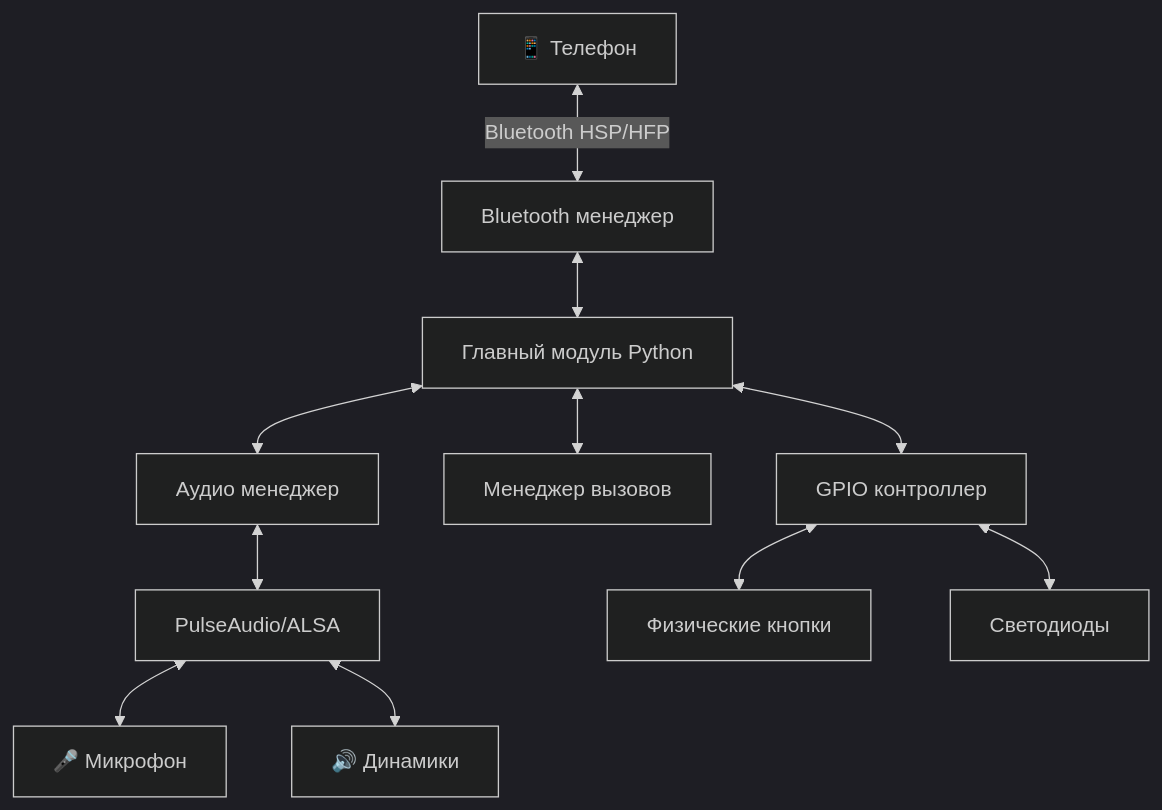
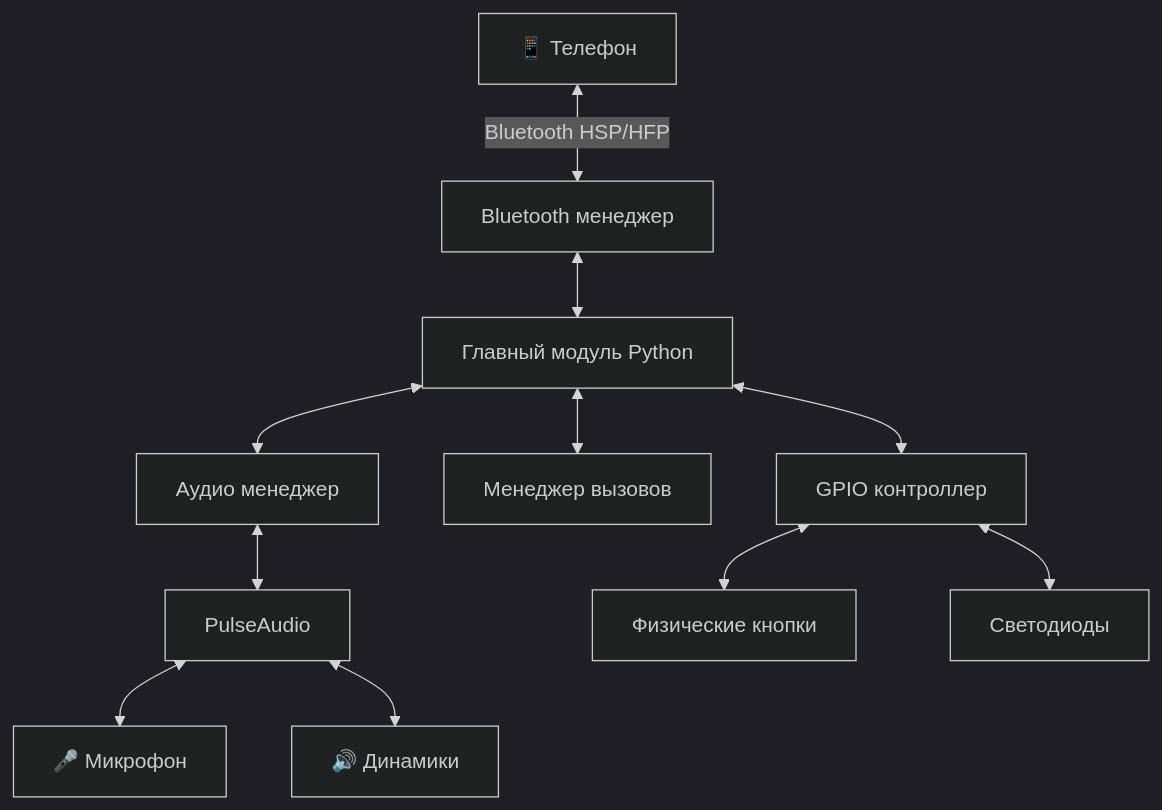
Before and after one commit to dandandan1983/antigrav-raspberrypi: the first of 2 diagrams in ТЗ_Raspberry_Pi_Hands_Free.md, drawn with Mermaid (dark theme). The commit also changed other lines of this file and 40 other files, not shown here.

````diff
--- a/ТЗ_Raspberry_Pi_Hands_Free.md
+++ b/ТЗ_Raspberry_Pi_Hands_Free.md
@@ -133,13 +133,13 @@
 ```mermaid
 graph TB
     Phone[📱 Телефон] <-->|Bluetooth HSP/HFP| BT[Bluetooth менеджер]
     BT <--> Main[Главный модуль Python]
     Main <--> Audio[Аудио менеджер]
     Main <--> Call[Менеджер вызовов]
     Main <--> GPIO[GPIO контроллер]
-    Audio <--> PA[PulseAudio/ALSA]
+    Audio <--> PA[PulseAudio]
     PA <--> Mic[🎤 Микрофон]
     PA <--> Speaker[🔊 Динамики]
     GPIO <--> Buttons[Физические кнопки]
     GPIO <--> LED[Светодиоды]
 ```
````
